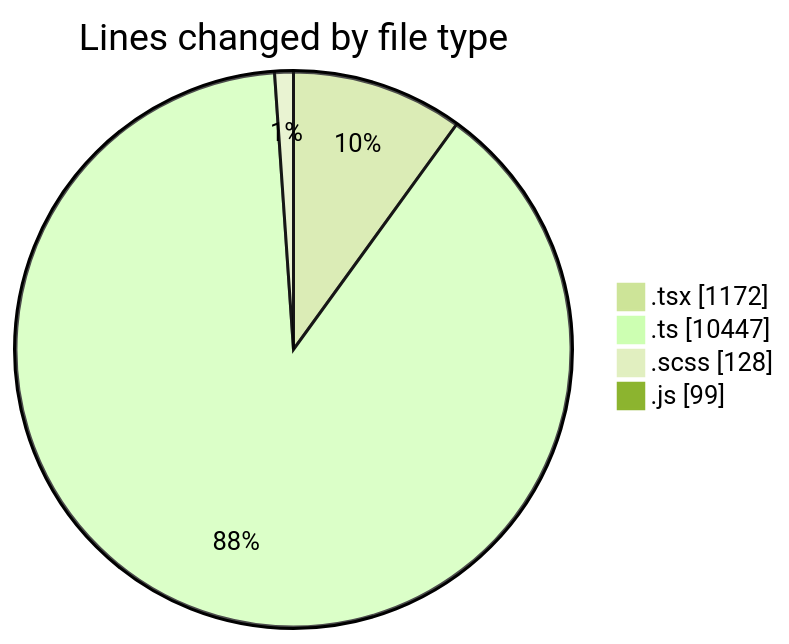
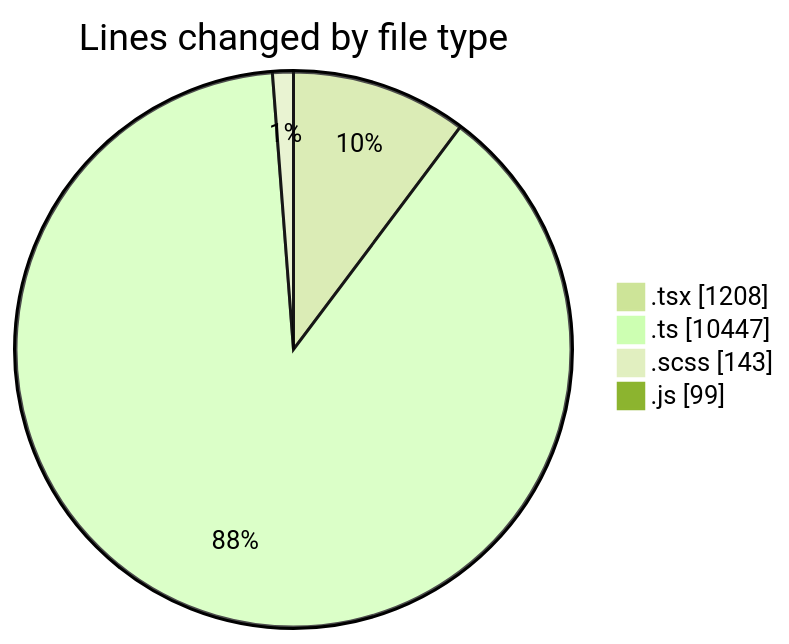
One commit to momahboobian/code-tracking changed the first of 2 diagrams in 2025-03-26/cda/README.md. Above: the diagram before and after it, drawn with Mermaid (forest theme). The commit also changed other lines of this file and 1 other file, not shown here.

````diff
--- a/2025-03-26/cda/README.md
+++ b/2025-03-26/cda/README.md
@@ -42,8 +42,8 @@
 ```mermaid
 pie showData
 title Lines changed by file type
-".tsx" : 1172
+".tsx" : 1208
 ".ts" : 10447
-".scss" : 128
+".scss" : 143
 ".js" : 99
 ```
````
